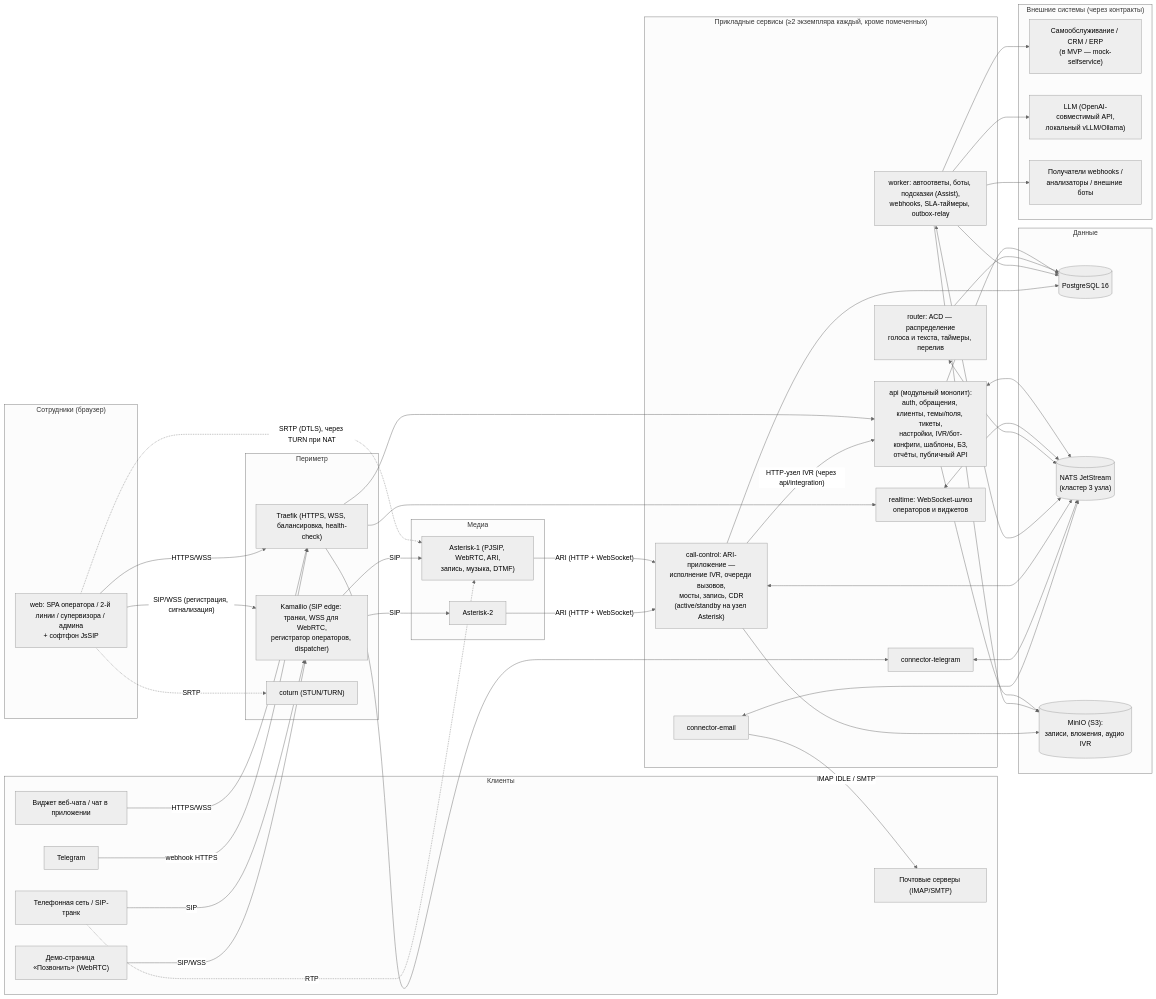
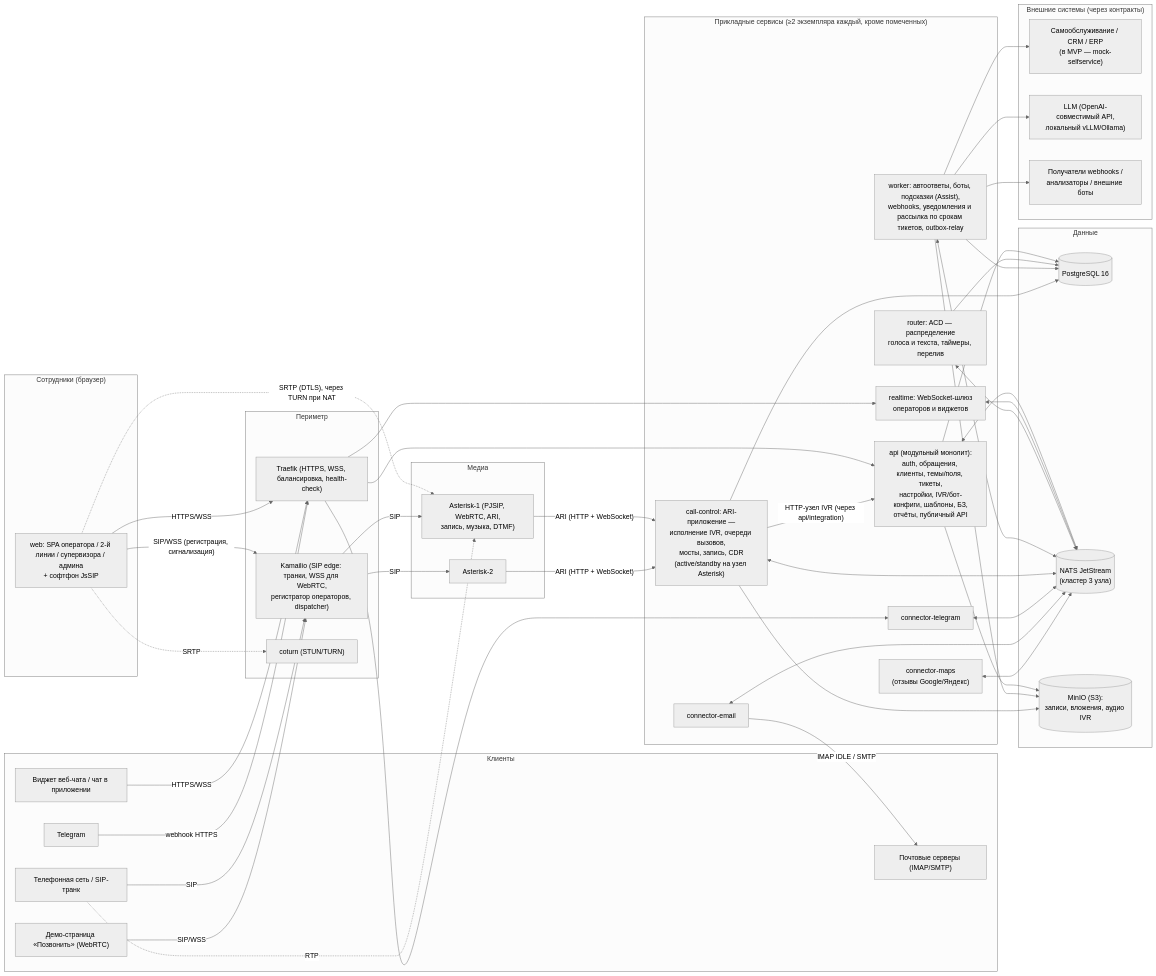
Before and after one commit to afedortsovbn-commits/CkaudeGitHub: the first of 8 diagrams in Контакт-центр/planning/02-архитектура.md, drawn with Mermaid (neutral theme). The commit also changed other lines of this file and 4 other files, not shown here.

````diff
--- a/Контакт-центр/planning/02-архитектура.md
+++ b/Контакт-центр/planning/02-архитектура.md
@@ -21,68 +21,69 @@
 ```mermaid
 flowchart LR
   subgraph Clients["Клиенты"]
     PSTN["Телефонная сеть / SIP-транк"]
     DemoCaller["Демо-страница «Позвонить» (WebRTC)"]
     Widget["Виджет веб-чата / чат в приложении"]
     TG["Telegram"]
     Mail["Почтовые серверы (IMAP/SMTP)"]
   end
 
   subgraph Staff["Сотрудники (браузер)"]
     WebApp["web: SPA оператора / 2-й линии / супервизора / админа<br/>+ софтфон JsSIP"]
   end
 
   subgraph Edge["Периметр"]
     Traefik["Traefik (HTTPS, WSS, балансировка, health-check)"]
     Kamailio["Kamailio (SIP edge: транки, WSS для WebRTC,<br/>регистратор операторов, dispatcher)"]
     TURN["coturn (STUN/TURN)"]
   end
 
   subgraph Media["Медиа"]
     AST1["Asterisk-1 (PJSIP, WebRTC, ARI,<br/>запись, музыка, DTMF)"]
     AST2["Asterisk-2"]
   end
 
   subgraph App["Прикладные сервисы (≥2 экземпляра каждый, кроме помеченных)"]
     API["api (модульный монолит):<br/>auth, обращения, клиенты, темы/поля, тикеты,<br/>настройки, IVR/бот-конфиги, шаблоны, БЗ,<br/>отчёты, публичный API"]
     RT["realtime: WebSocket-шлюз<br/>операторов и виджетов"]
     Router["router: ACD — распределение<br/>голоса и текста, таймеры, перелив"]
-    Worker["worker: автоответы, боты, подсказки (Assist),<br/>webhooks, SLA-таймеры, outbox-relay"]
+    Worker["worker: автоответы, боты, подсказки (Assist),<br/>webhooks, уведомления и рассылка по срокам тикетов, outbox-relay"]
     CallCtl["call-control: ARI-приложение —<br/>исполнение IVR, очереди вызовов,<br/>мосты, запись, CDR<br/>(active/standby на узел Asterisk)"]
     ConnTG["connector-telegram"]
     ConnMail["connector-email"]
+    ConnMaps["connector-maps<br/>(отзывы Google/Яндекс)"]
   end
 
   subgraph Data["Данные"]
     PG[("PostgreSQL 16")]
     NATS[("NATS JetStream<br/>(кластер 3 узла)")]
     S3[("MinIO (S3):<br/>записи, вложения, аудио IVR")]
   end
 
   subgraph Ext["Внешние системы (через контракты)"]
     Self["Самообслуживание / CRM / ERP<br/>(в MVP — mock-selfservice)"]
     LLM["LLM (OpenAI-совместимый API,<br/>локальный vLLM/Ollama)"]
     Hooks["Получатели webhooks /<br/>анализаторы / внешние боты"]
   end
 
   PSTN -- SIP --> Kamailio
   PSTN -. RTP .-> AST1
   DemoCaller -- SIP/WSS --> Kamailio
   WebApp -- "SIP/WSS (регистрация, сигнализация)" --> Kamailio
   WebApp -. "SRTP (DTLS), через TURN при NAT" .-> AST1
   WebApp -. SRTP .-> TURN
   Kamailio -- SIP --> AST1 & AST2
   AST1 & AST2 -- "ARI (HTTP + WebSocket)" --> CallCtl
 
   WebApp -- HTTPS/WSS --> Traefik
   Widget -- HTTPS/WSS --> Traefik
   TG -- webhook HTTPS --> Traefik
   Traefik --> API & RT & ConnTG
   ConnMail -- IMAP IDLE / SMTP --> Mail
 
-  API & RT & Router & Worker & CallCtl & ConnTG & ConnMail <--> NATS
+  API & RT & Router & Worker & CallCtl & ConnTG & ConnMail & ConnMaps <--> NATS
   API & Router & Worker & CallCtl --> PG
   API & Worker & CallCtl --> S3
   Worker --> Self & LLM & Hooks
   CallCtl -- "HTTP-узел IVR (через api/integration)" --> API
 ```
````
